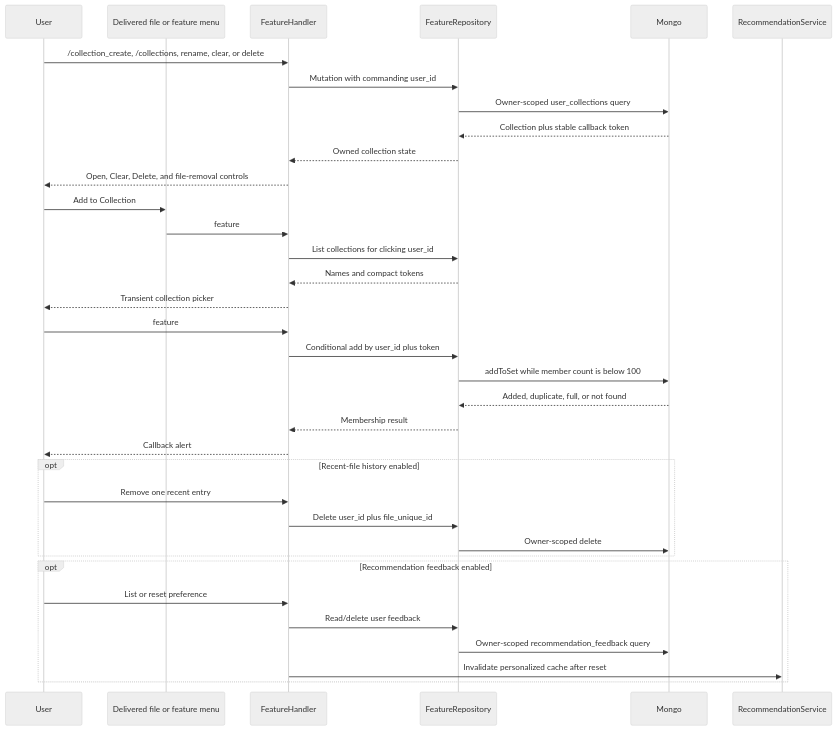
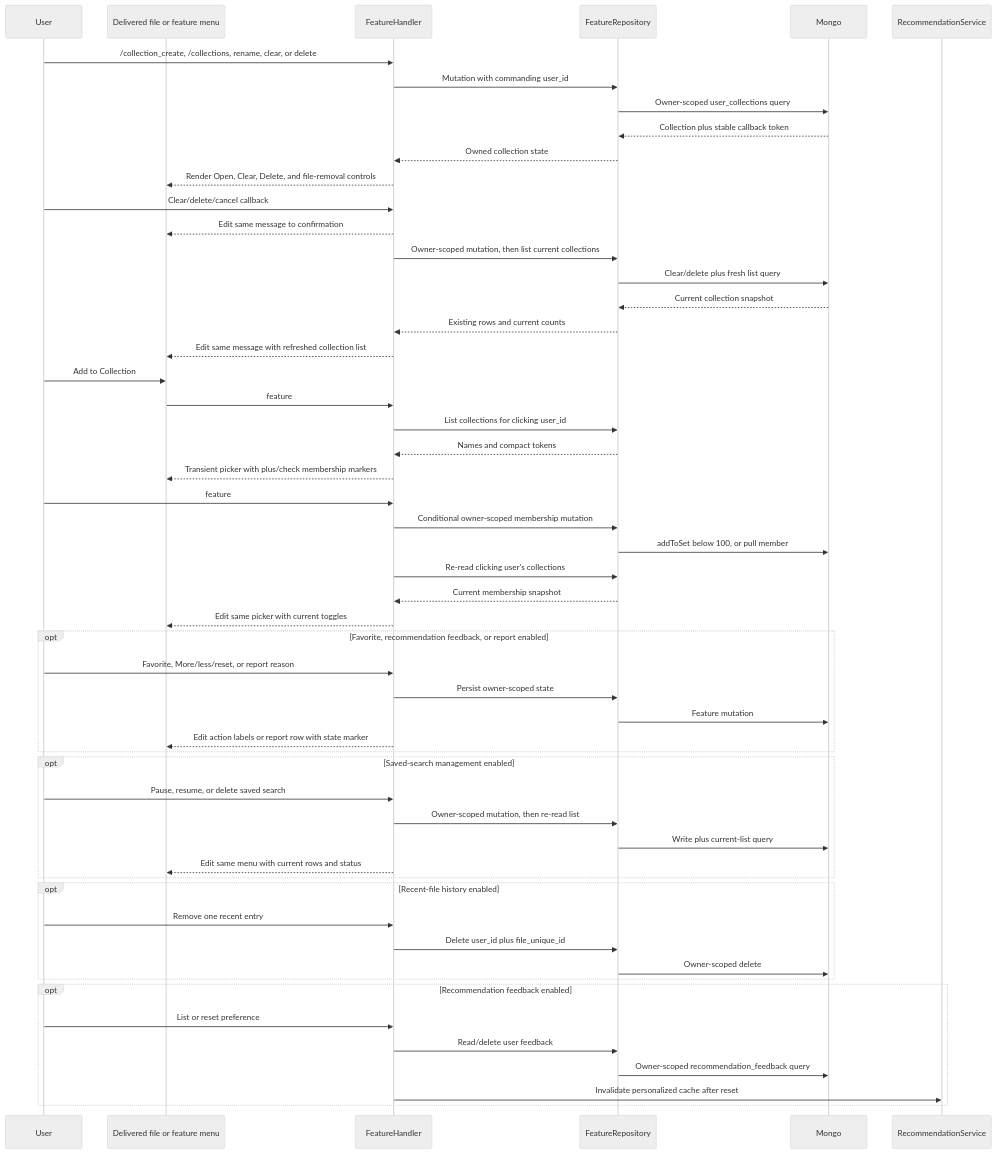
One commit to rumalg123/Advanced-File-Filter-Bot changed the eighth of 14 diagrams in docs/architecture/diagrams.md. Above: the diagram before and after it, drawn with Mermaid (neutral theme). The commit also changed other lines of this file and 8 other files, not shown here.

````diff
--- a/docs/architecture/diagrams.md
+++ b/docs/architecture/diagrams.md
@@ -281,41 +281,63 @@
 ```mermaid
 sequenceDiagram
     participant User
     participant Delivery as Delivered file or feature menu
     participant Handler as FeatureHandler
     participant Repo as FeatureRepository
     participant Mongo
     participant Recs as RecommendationService
 
     User->>Handler: /collection_create, /collections, rename, clear, or delete
     Handler->>Repo: Mutation with commanding user_id
     Repo->>Mongo: Owner-scoped user_collections query
     Mongo-->>Repo: Collection plus stable callback token
     Repo-->>Handler: Owned collection state
-    Handler-->>User: Open, Clear, Delete, and file-removal controls
+    Handler-->>Delivery: Render Open, Clear, Delete, and file-removal controls
+
+    User->>Handler: Clear/delete/cancel callback
+    Handler-->>Delivery: Edit same message to confirmation
+    Handler->>Repo: Owner-scoped mutation, then list current collections
+    Repo->>Mongo: Clear/delete plus fresh list query
+    Mongo-->>Repo: Current collection snapshot
+    Repo-->>Handler: Existing rows and current counts
+    Handler-->>Delivery: Edit same message with refreshed collection list
 
     User->>Delivery: Add to Collection
     Delivery->>Handler: feature#col_pick#file_id
     Handler->>Repo: List collections for clicking user_id
     Repo-->>Handler: Names and compact tokens
-    Handler-->>User: Transient collection picker
-    User->>Handler: feature#col_add#file_id#token
-    Handler->>Repo: Conditional add by user_id plus token
-    Repo->>Mongo: addToSet while member count is below 100
-    Mongo-->>Repo: Added, duplicate, full, or not found
-    Repo-->>Handler: Membership result
-    Handler-->>User: Callback alert
+    Handler-->>Delivery: Transient picker with plus/check membership markers
+    User->>Handler: feature#col_add or col_remove#file_id#token
+    Handler->>Repo: Conditional owner-scoped membership mutation
+    Repo->>Mongo: addToSet below 100, or pull member
+    Handler->>Repo: Re-read clicking user's collections
+    Repo-->>Handler: Current membership snapshot
+    Handler-->>Delivery: Edit same picker with current toggles
+
+    opt Favorite, recommendation feedback, or report enabled
+        User->>Handler: Favorite, More/less/reset, or report reason
+        Handler->>Repo: Persist owner-scoped state
+        Repo->>Mongo: Feature mutation
+        Handler-->>Delivery: Edit action labels or report row with state marker
+    end
+
+    opt Saved-search management enabled
+        User->>Handler: Pause, resume, or delete saved search
+        Handler->>Repo: Owner-scoped mutation, then re-read list
+        Repo->>Mongo: Write plus current-list query
+        Handler-->>Delivery: Edit same menu with current rows and status
+    end
 
     opt Recent-file history enabled
         User->>Handler: Remove one recent entry
         Handler->>Repo: Delete user_id plus file_unique_id
         Repo->>Mongo: Owner-scoped delete
     end
 
     opt Recommendation feedback enabled
         User->>Handler: List or reset preference
         Handler->>Repo: Read/delete user feedback
         Repo->>Mongo: Owner-scoped recommendation_feedback query
         Handler->>Recs: Invalidate personalized cache after reset
     end
 ```
````
